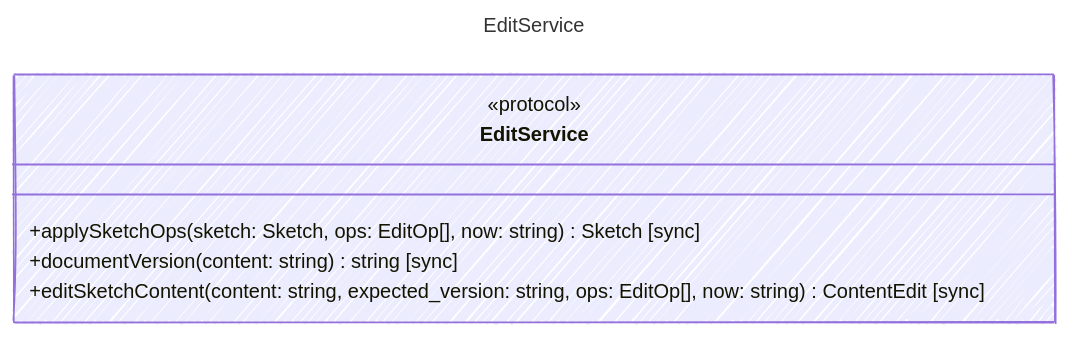
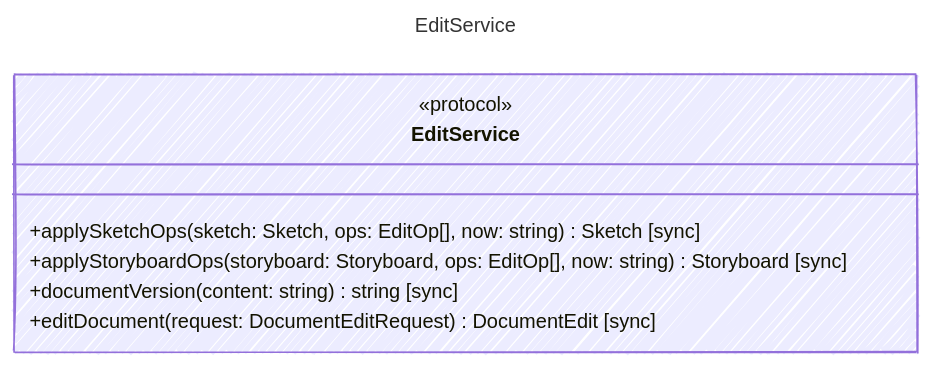
The diagram in contracts/generated/markdown/EditService.md (sethjuarez/cutready), drawn with Mermaid before and after one commit. The commit also changed other lines of this file and 60 other files, not shown here.

Commit message:
feat(contracts): add storyboard and note edit ops (#309)

````diff
--- a/contracts/generated/markdown/EditService.md
+++ b/contracts/generated/markdown/EditService.md
@@ -14,17 +15,18 @@
 ```mermaid
 ---
 title: EditService
 config:
   look: handDrawn
   theme: colorful
   class:
     hideEmptyMembersBox: true
 ---
 classDiagram
     class EditService {
       <<protocol>>
         +applySketchOps(sketch: Sketch, ops: EditOp[], now: string) Sketch [sync]
+        +applyStoryboardOps(storyboard: Storyboard, ops: EditOp[], now: string) Storyboard [sync]
         +documentVersion(content: string) string [sync]
-        +editSketchContent(content: string, expected_version: string, ops: EditOp[], now: string) ContentEdit [sync]
+        +editDocument(request: DocumentEditRequest) DocumentEdit [sync]
     }
 ```
````
